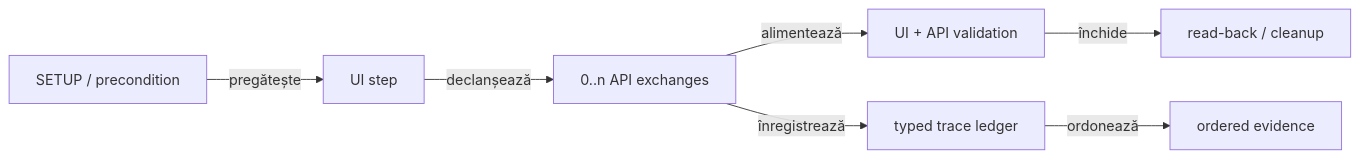
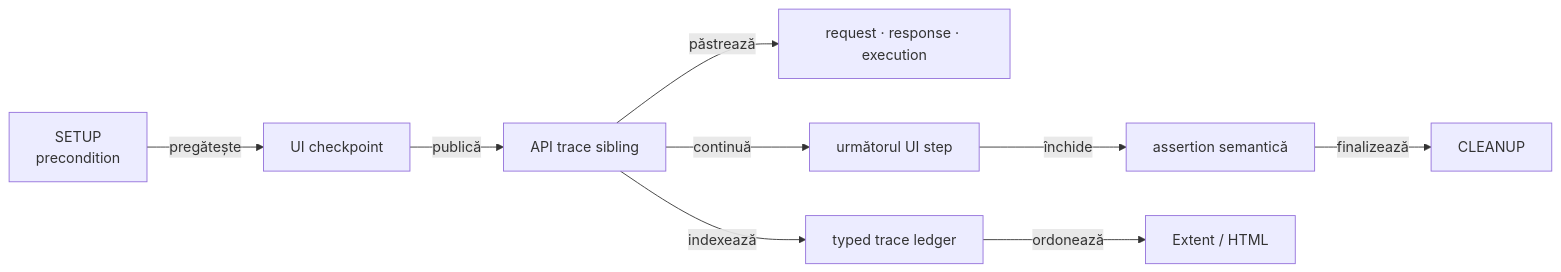
The first of 2 diagrams in docs/feedback/ATF_Request_Traceability_Feedback.md (crististefanita/demo2), drawn with Mermaid before and after one commit. The commit also changed other lines of this file and 151 other files, not shown here.

````diff
--- a/docs/feedback/ATF_Request_Traceability_Feedback.md
+++ b/docs/feedback/ATF_Request_Traceability_Feedback.md
@@ -19,9 +32,11 @@
 ```mermaid
 flowchart LR
-    Setup["SETUP / precondition"] -->|pregătește| Ui["UI step"]
-    Ui -->|declanșează| Exchange["0..n API exchanges"]
-    Exchange -->|alimentează| Assertion["UI + API validation"]
-    Assertion -->|închide| Cleanup["read-back / cleanup"]
-    Exchange -->|înregistrează| Ledger["typed trace ledger"]
-    Ledger -->|ordonează| Artifact["ordered evidence"]
+    Setup["SETUP\nprecondition"] -->|pregătește| Ui["UI checkpoint"]
+    Ui -->|publică| Trace["API trace sibling"]
+    Trace -->|păstrează| Evidence["request · response · execution"]
+    Trace -->|continuă| Next["următorul UI step"]
+    Next -->|închide| Verdict["assertion semantică"]
+    Verdict -->|finalizează| Cleanup["CLEANUP"]
+    Trace -->|indexează| Ledger["typed trace ledger"]
+    Ledger -->|ordonează| Artifact["Extent / HTML"]
 ```
````
